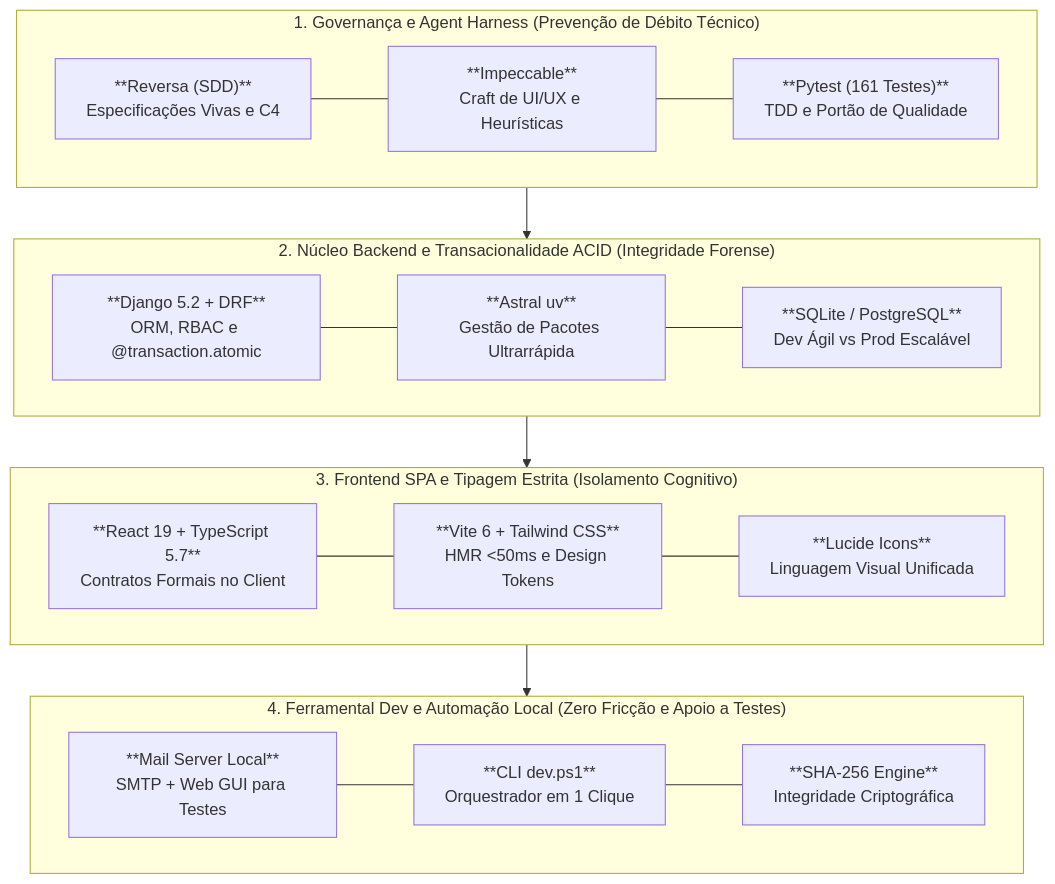
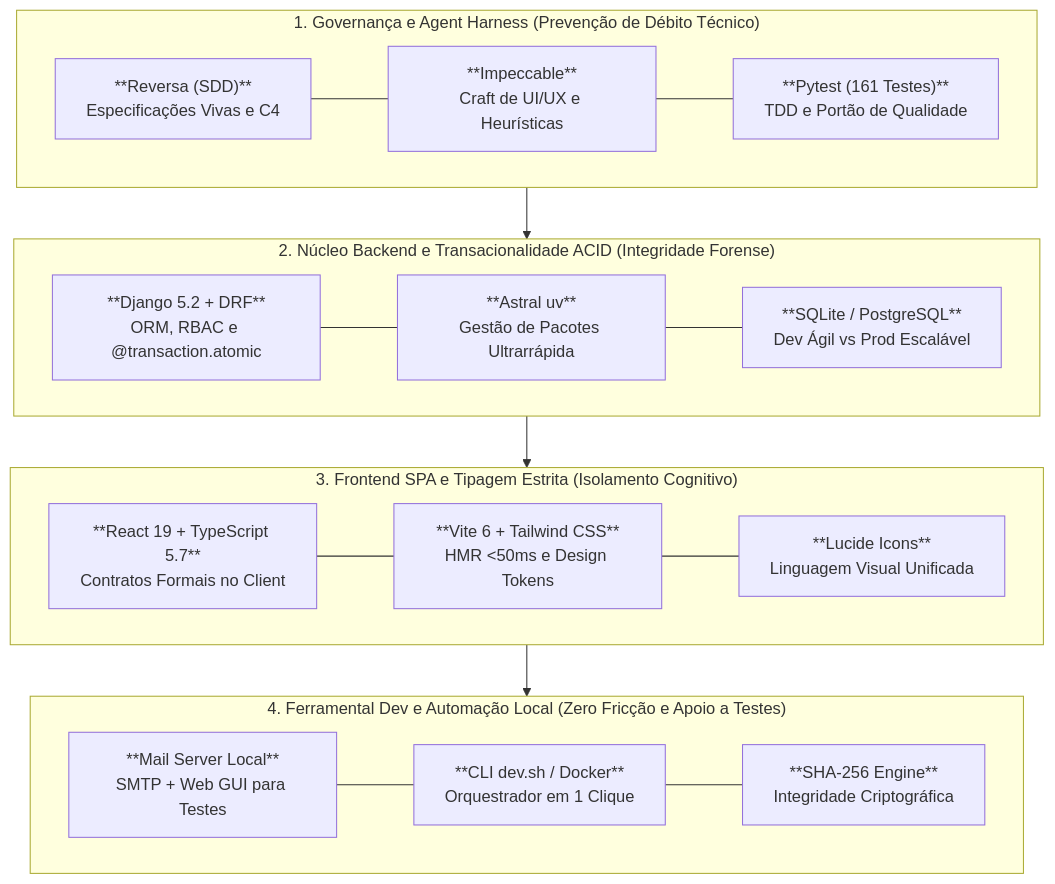
Before and after one commit to andresouza72br-sketch/SHM-Support-Hours-Manager: the third of 3 diagrams in README.md, drawn with Mermaid. The commit also changed other lines of this file and 19 other files, not shown here.

First line of the commit message:
feat(infra): migra ambiente de desenvolvimento para Linux/Bash e adiciona suporte Docker Compose

````diff
--- a/README.md
+++ b/README.md
@@ -291,24 +291,24 @@
 ```mermaid
 flowchart TD
     subgraph Metodologia ["1. Governança e Agent Harness (Prevenção de Débito Técnico)"]
         direction LR
         M1["**Reversa (SDD)**<br>Especificações Vivas e C4"] --- M2["**Impeccable**<br>Craft de UI/UX e Heurísticas"] --- M3["**Pytest (161 Testes)**<br>TDD e Portão de Qualidade"]
     end
 
     subgraph Core ["2. Núcleo Backend e Transacionalidade ACID (Integridade Forense)"]
         direction LR
         B1["**Django 5.2 + DRF**<br>ORM, RBAC e @transaction.atomic"] --- B2["**Astral uv**<br>Gestão de Pacotes Ultrarrápida"] --- B3["**SQLite / PostgreSQL**<br>Dev Ágil vs Prod Escalável"]
     end
 
     subgraph Client ["3. Frontend SPA e Tipagem Estrita (Isolamento Cognitivo)"]
         direction LR
         F1["**React 19 + TypeScript 5.7**<br>Contratos Formais no Client"] --- F2["**Vite 6 + Tailwind CSS**<br>HMR <50ms e Design Tokens"] --- F3["**Lucide Icons**<br>Linguagem Visual Unificada"]
     end
 
     subgraph Tools ["4. Ferramental Dev e Automação Local (Zero Fricção e Apoio a Testes)"]
         direction LR
-        T1["**Mail Server Local**<br>SMTP + Web GUI para Testes"] --- T2["**CLI dev.ps1**<br>Orquestrador em 1 Clique"] --- T3["**SHA-256 Engine**<br>Integridade Criptográfica"]
+        T1["**Mail Server Local**<br>SMTP + Web GUI para Testes"] --- T2["**CLI dev.sh / Docker**<br>Orquestrador em 1 Clique"] --- T3["**SHA-256 Engine**<br>Integridade Criptográfica"]
     end
 
     Metodologia --> Core --> Client --> Tools
 ```
````
